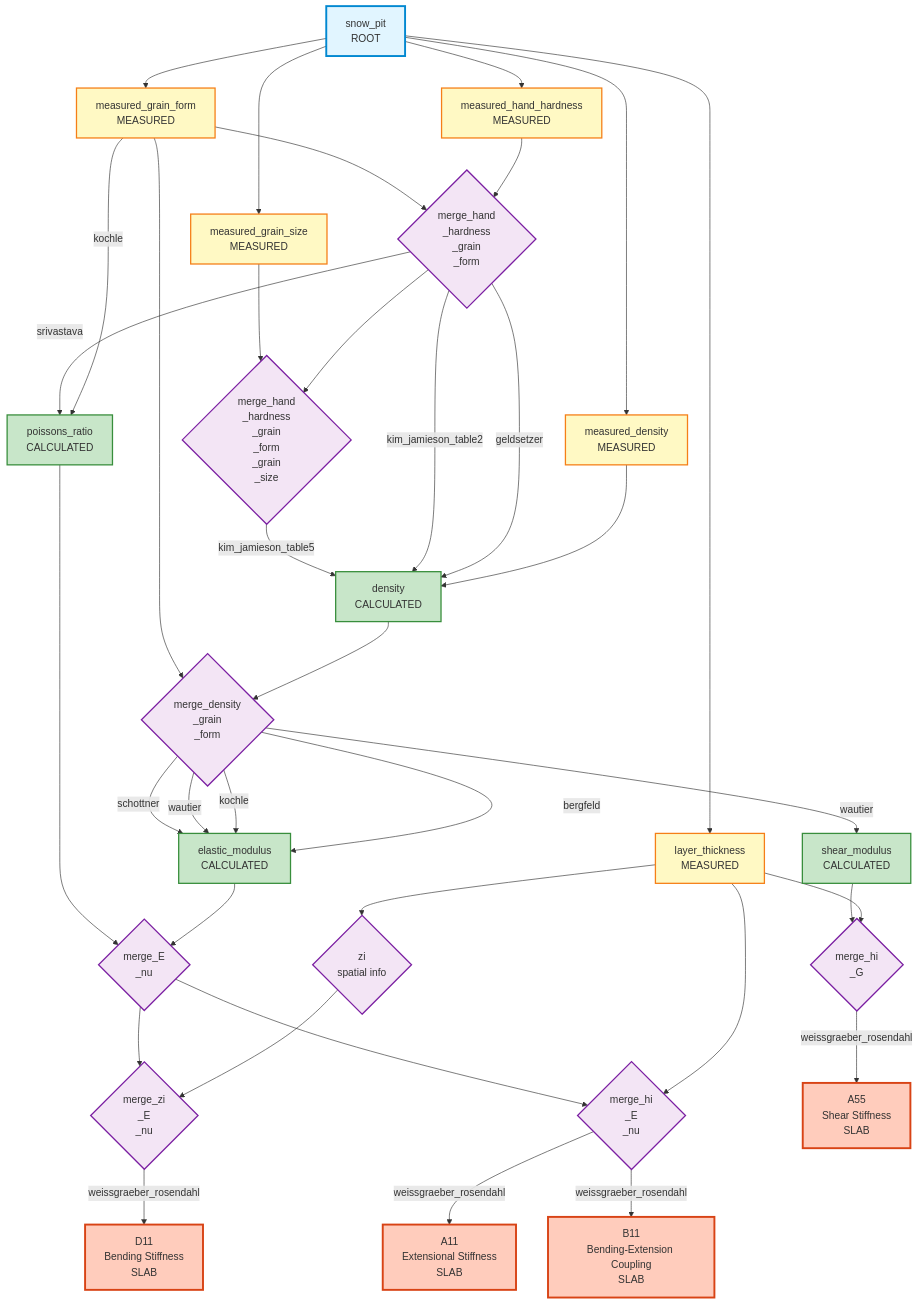
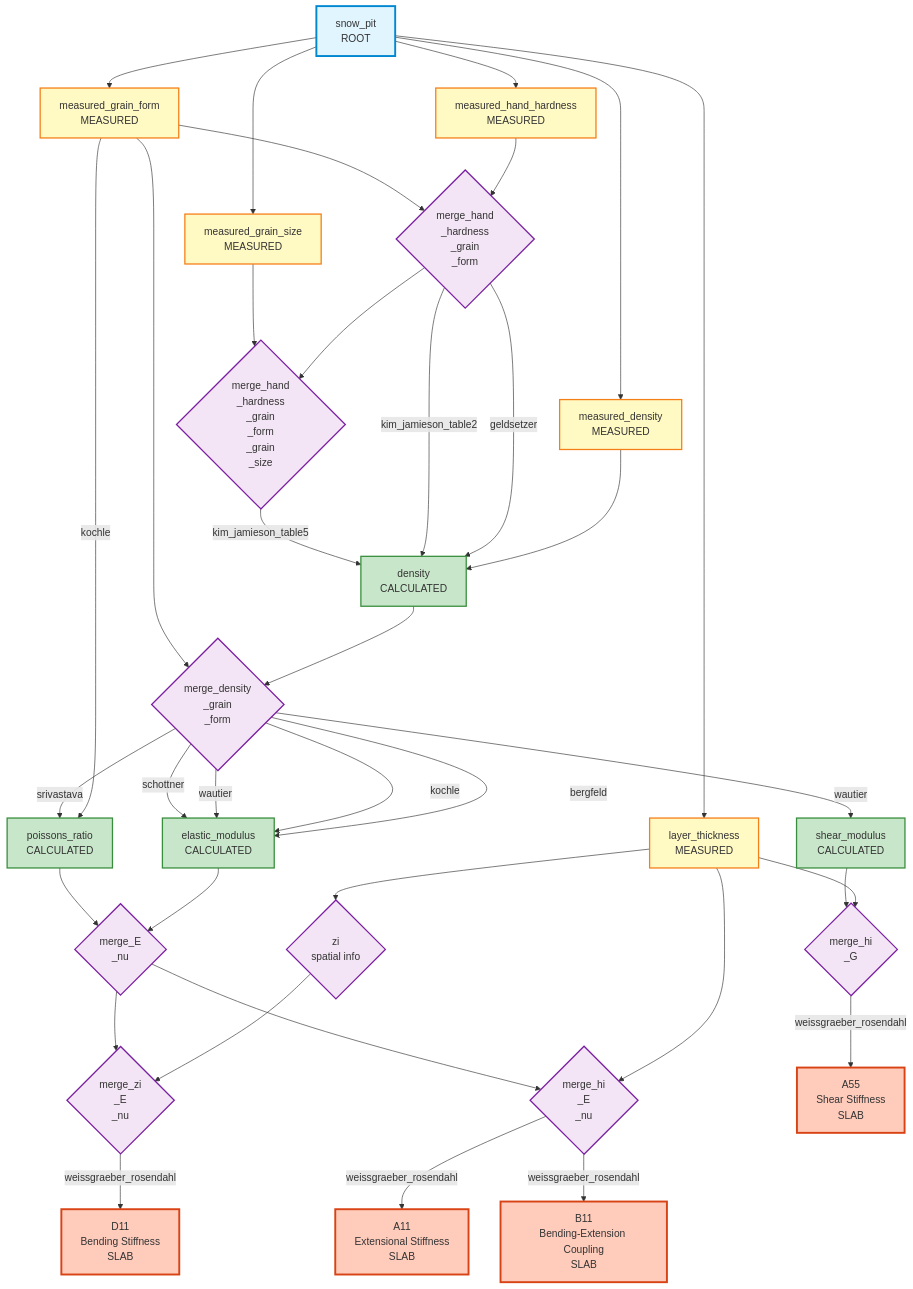
One commit to connellymk/SnowPyt-MechParams changed the diagram in docs/parameter_graph.md. Above: the diagram before and after it, drawn with Mermaid. The commit also changed 11 other files, not shown here.

Commit message:
update srivastava input in graph

```diff
--- a/docs/parameter_graph.md
+++ b/docs/parameter_graph.md
@@ -63,7 +63,7 @@
     
     %% Poisson's ratio pathways
     measured_grain_form -->|kochle| poissons_ratio
-    merge_hand_hardness_grain_form -->|srivastava| poissons_ratio
+    merge_density_grain_form -->|srivastava| poissons_ratio
     
     %% Shear modulus pathways
     merge_density_grain_form -->|wautier| shear_modulus
```
